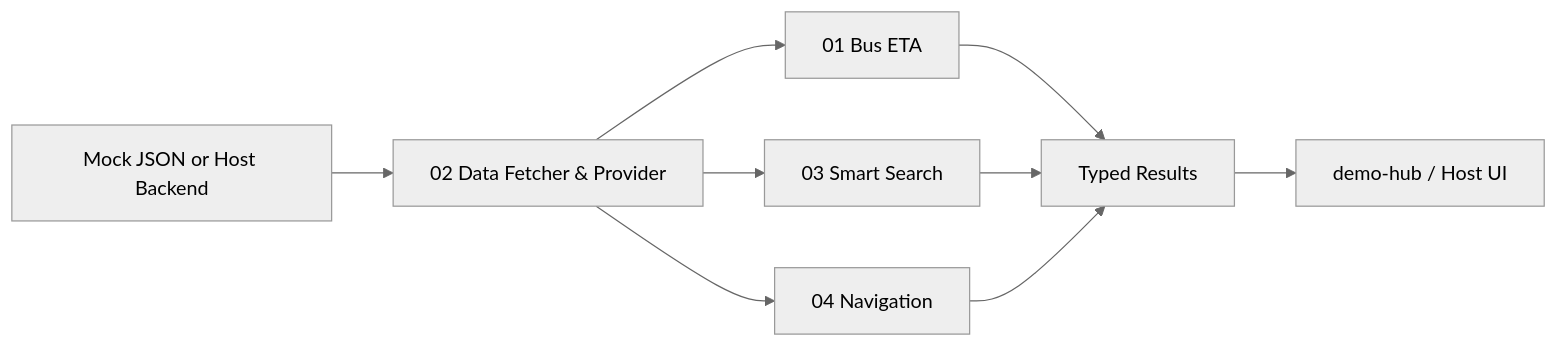
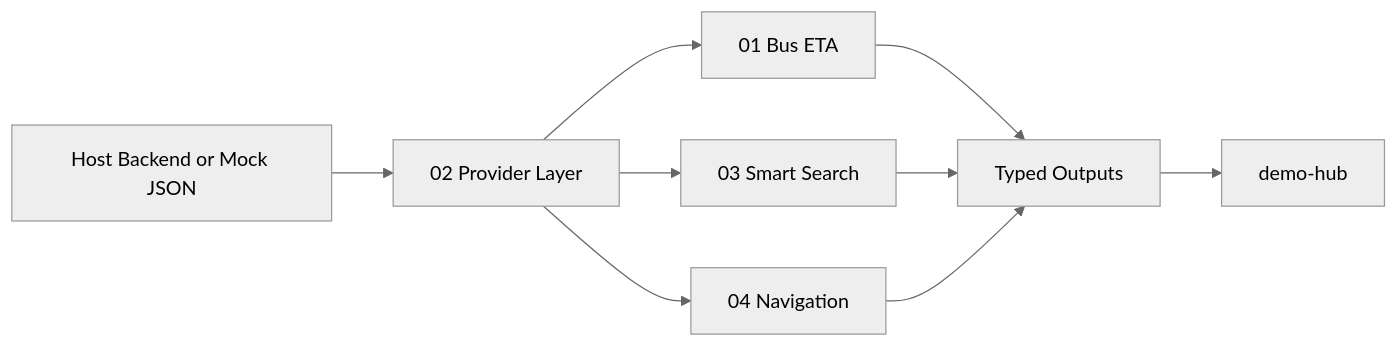
The diagram in README.md (OneDirect-Macau/OneDirect-Open-Source), drawn with Mermaid (neutral theme) before and after one commit. The commit also changed other lines of this file and 42 other files, not shown here.

````diff
--- a/README.md
+++ b/README.md
@@ -75,11 +157,11 @@
 ```mermaid
 flowchart LR
-    A["Mock JSON or Host Backend"] --> B["02 Data Fetcher & Provider"]
+    A["Host Backend or Mock JSON"] --> B["02 Provider Layer"]
     B --> C["01 Bus ETA"]
     B --> D["03 Smart Search"]
     B --> E["04 Navigation"]
-    C --> F["Typed Results"]
+    C --> F["Typed Outputs"]
     D --> F
     E --> F
-    F --> G["demo-hub / Host UI"]
+    F --> G["demo-hub"]
 ```
````
